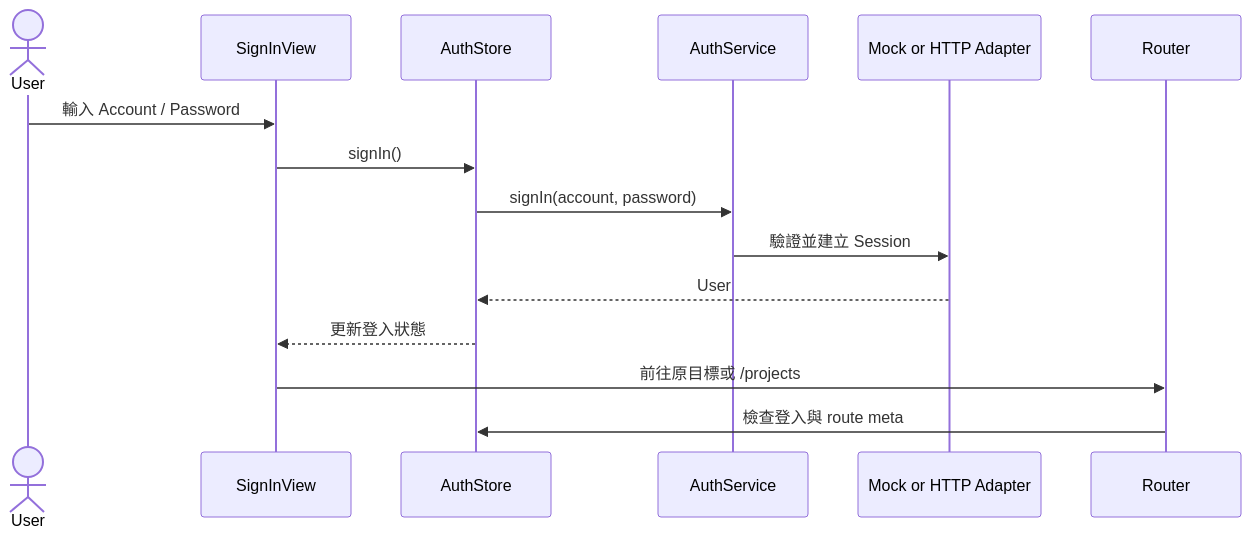
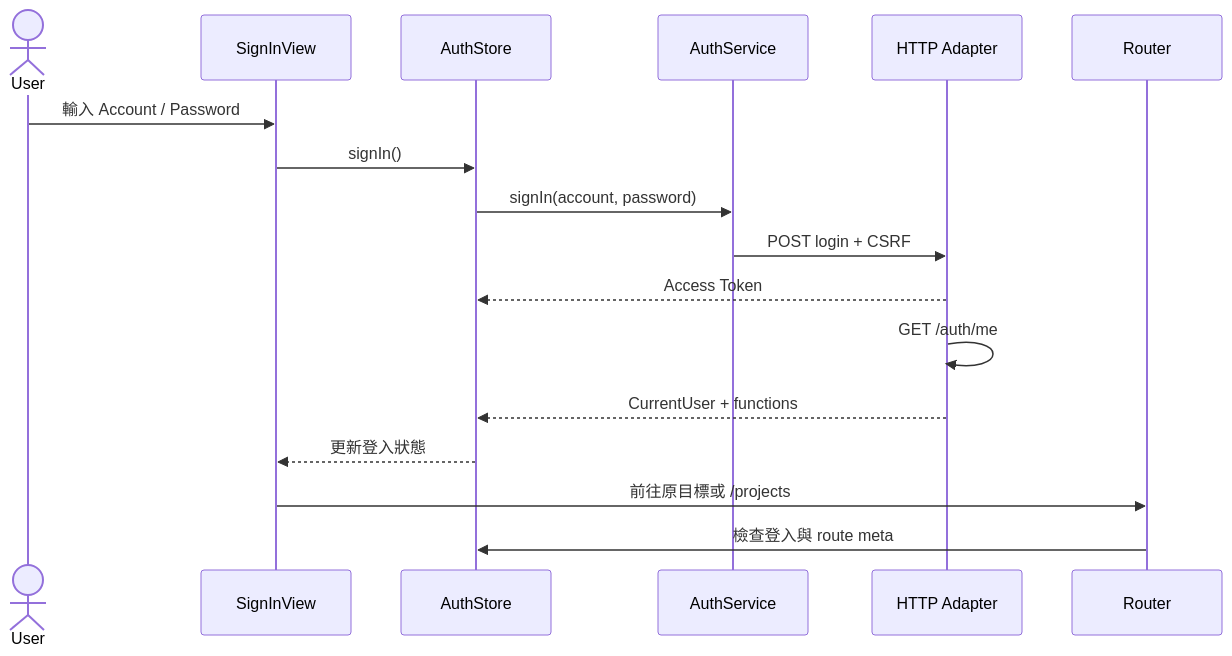
The second of 3 diagrams in docs/Architecture.md (JJDing-Louis/ProjectManagementWeb_FrontEnd), drawn with Mermaid before and after one commit. The commit also changed other lines of this file and 31 other files, not shown here.

````diff
--- a/docs/Architecture.md
+++ b/docs/Architecture.md
@@ -95,18 +95,20 @@
 ```mermaid
 sequenceDiagram
     actor User
     participant View as SignInView
     participant Store as AuthStore
     participant Service as AuthService
-    participant Adapter as Mock or HTTP Adapter
+    participant Adapter as HTTP Adapter
     participant Router
 
     User->>View: 輸入 Account / Password
     View->>Store: signIn()
     Store->>Service: signIn(account, password)
-    Service->>Adapter: 驗證並建立 Session
-    Adapter-->>Store: User
+    Service->>Adapter: POST login + CSRF
+    Adapter-->>Store: Access Token
+    Adapter->>Adapter: GET /auth/me
+    Adapter-->>Store: CurrentUser + functions
     Store-->>View: 更新登入狀態
     View->>Router: 前往原目標或 /projects
     Router->>Store: 檢查登入與 route meta
 ```
````
